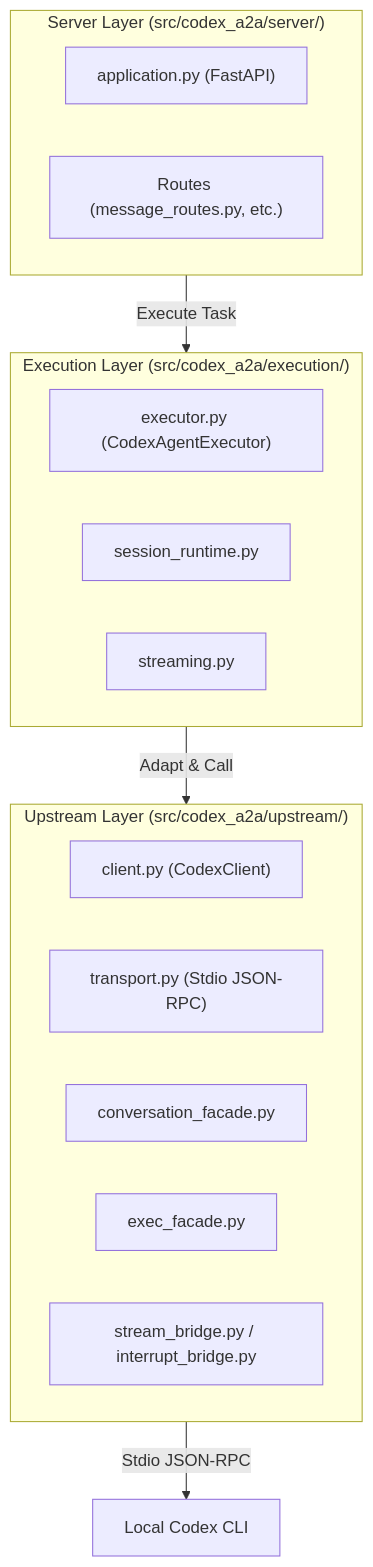
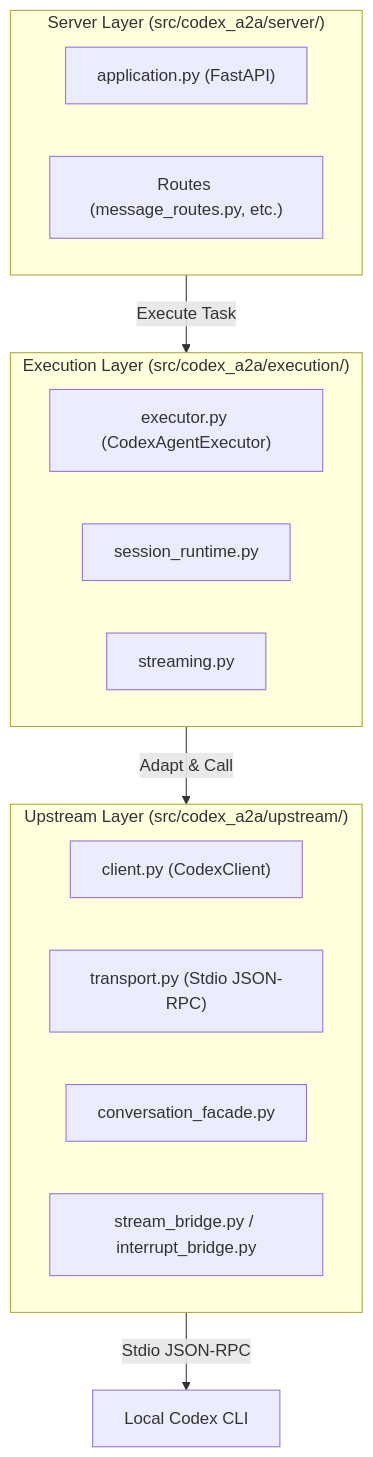
Before and after one commit to liujuanjuan1984/codex-a2a: the diagram in docs/maintainer-architecture.md, drawn with Mermaid. The commit also changed other lines of this file and 6 other files, not shown here.

````diff
--- a/docs/maintainer-architecture.md
+++ b/docs/maintainer-architecture.md
@@ -7,25 +7,24 @@
 ```mermaid
 flowchart TD
     subgraph Inbound["Server Layer (src/codex_a2a/server/)"]
         App["application.py (FastAPI)"]
         Routes["Routes (message_routes.py, etc.)"]
     end
 
     subgraph Execution["Execution Layer (src/codex_a2a/execution/)"]
         Executor["executor.py (CodexAgentExecutor)"]
         SessionRT["session_runtime.py"]
         StreamingRT["streaming.py"]
     end
 
     subgraph Upstream["Upstream Layer (src/codex_a2a/upstream/)"]
         Client["client.py (CodexClient)"]
         Transport["transport.py (Stdio JSON-RPC)"]
         ConvFacade["conversation_facade.py"]
-        ExecFacade["exec_facade.py"]
         Bridge["stream_bridge.py / interrupt_bridge.py"]
     end
 
     Inbound -->|Execute Task| Execution
     Execution -->|Adapt & Call| Upstream
     Upstream -->|Stdio JSON-RPC| Codex["Local Codex CLI"]
 ```
````
